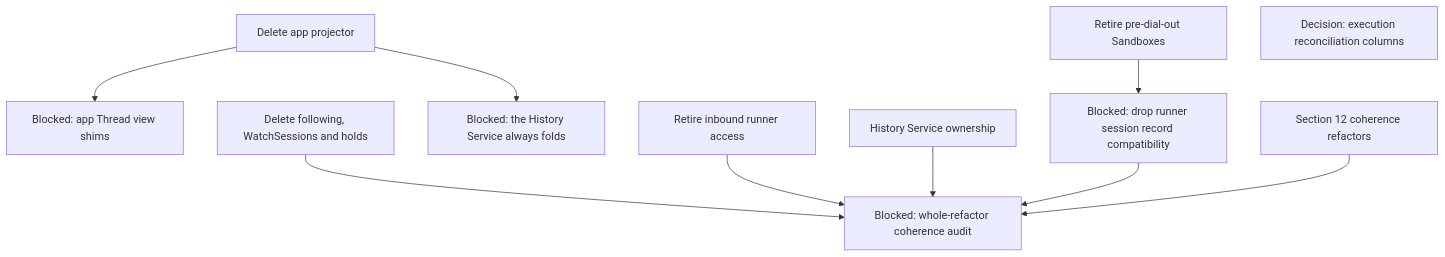
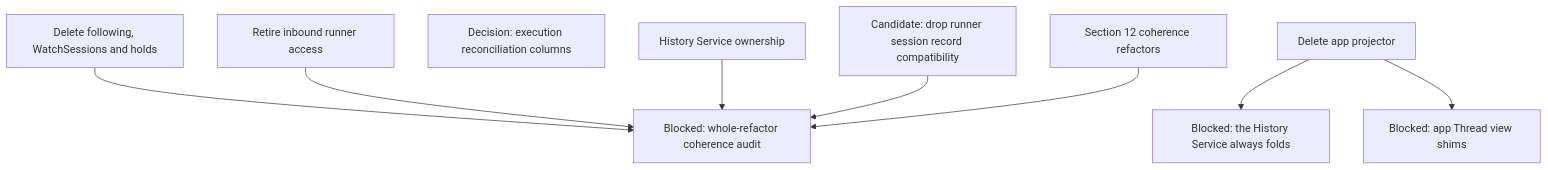
Before and after one commit to agentydragon/ducktape: diagram 11 of 13 in agentplane/plans/task_dag.md, drawn with Mermaid. The commit also changed other lines of this file and 26 other files, not shown here.

````diff
--- a/agentplane/plans/task_dag.md
+++ b/agentplane/plans/task_dag.md
@@ -830,17 +814,15 @@
 ```mermaid
 flowchart TD
     APP_THREAD_VIEW_CLEANUP[Blocked: app Thread view shims]
-    RUNNER_SESSION_RECORD_SHIMS[Blocked: drop runner session record compatibility]
-    LEGACY_SANDBOX_RETIRE[Retire pre-dial-out Sandboxes]
-    LEGACY_SANDBOX_RETIRE --> RUNNER_SESSION_RECORD_SHIMS
+    RUNNER_SESSION_RECORD_SHIMS[Candidate: drop runner session record compatibility]
     HISTORY_FOLD_ALWAYS_ON[Blocked: the History Service always folds]
     APP_PROJECTOR_RETIRE[Delete app projector] --> HISTORY_FOLD_ALWAYS_ON
     APP_PROJECTOR_RETIRE --> APP_THREAD_VIEW_CLEANUP
     ACTION_EXECUTION_AUDIT_TRIM[Decision: execution reconciliation columns]
     REFACTOR_COHERENCE_AUDIT[Blocked: whole-refactor coherence audit]
     FOLLOW_PATH_RETIRE[Delete following, WatchSessions and holds] --> REFACTOR_COHERENCE_AUDIT
     RUNNER_INBOUND_RETIRE[Retire inbound runner access] --> REFACTOR_COHERENCE_AUDIT
     HISTORY_SERVICE_OWNERSHIP[History Service ownership] --> REFACTOR_COHERENCE_AUDIT
     RUNNER_SESSION_RECORD_SHIMS --> REFACTOR_COHERENCE_AUDIT
     COHERENCE_REFACTORS[Section 12 coherence refactors] --> REFACTOR_COHERENCE_AUDIT
 ```
````
